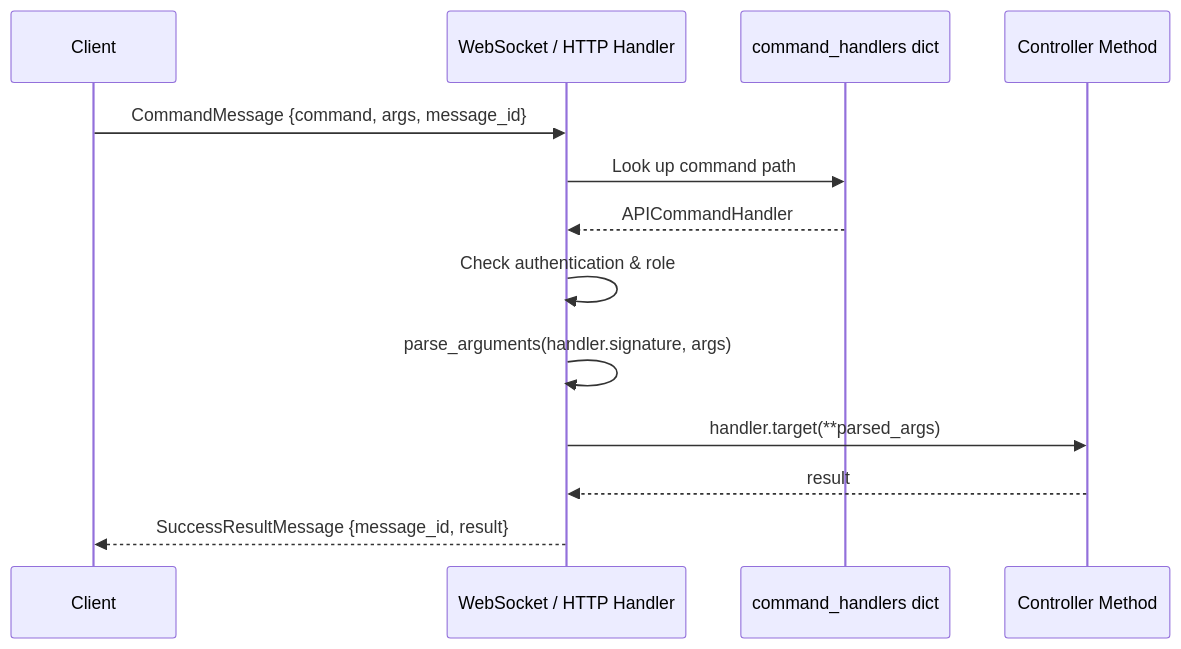
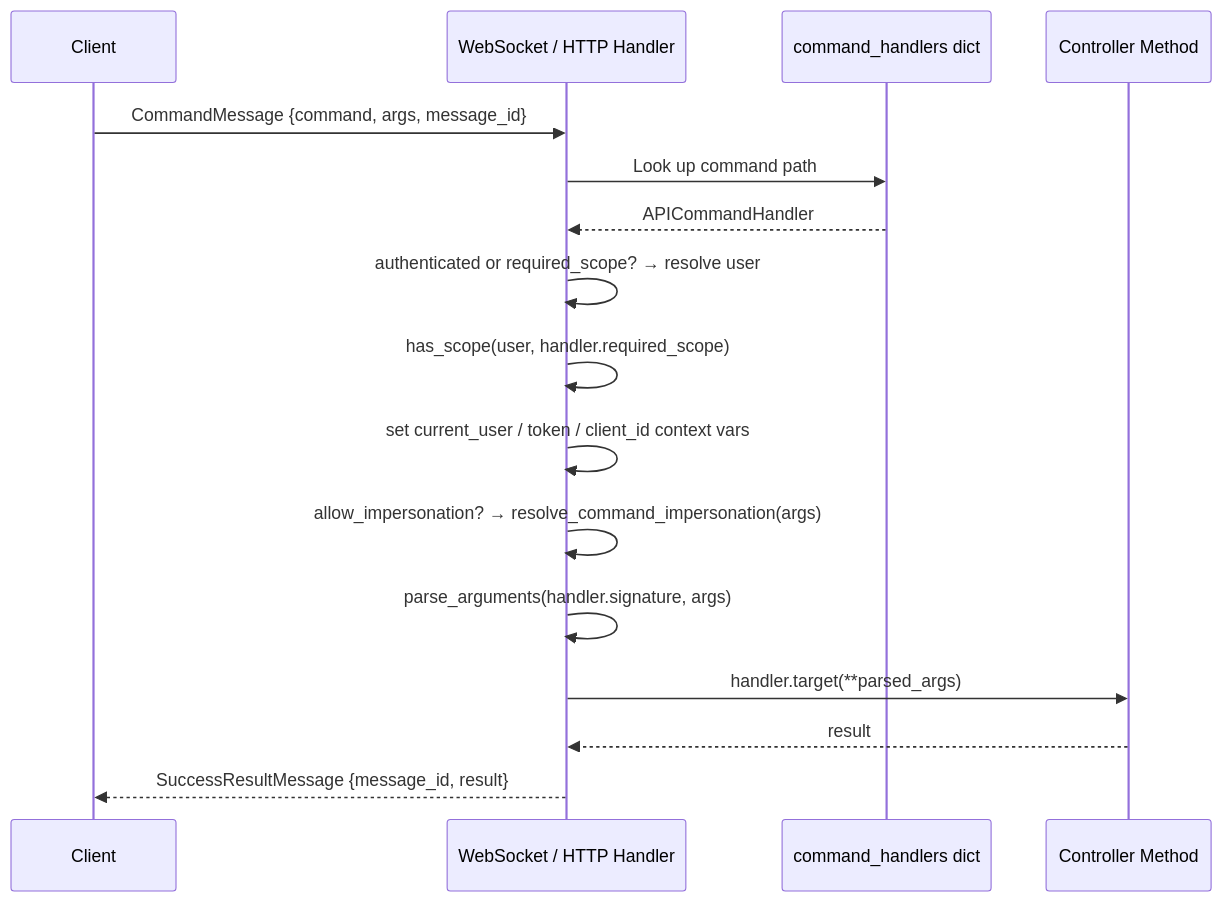
Before and after one commit to theturtle32/music-assistant-server: the second of 3 diagrams in docs/architecture/12-webserver-api.md, drawn with Mermaid. The commit also changed other lines of this file and 3 other files, not shown here.

First line of the commit message:
docs(architecture): webserver transport fixes and new authentication doc

````diff
--- a/docs/architecture/12-webserver-api.md
+++ b/docs/architecture/12-webserver-api.md
@@ -155,16 +209,19 @@
 ```mermaid
 sequenceDiagram
     participant Client
     participant WS as WebSocket / HTTP Handler
     participant Registry as command_handlers dict
     participant Handler as Controller Method
 
     Client->>WS: CommandMessage {command, args, message_id}
     WS->>Registry: Look up command path
     Registry-->>WS: APICommandHandler
-    WS->>WS: Check authentication & role
+    WS->>WS: authenticated or required_scope? → resolve user
+    WS->>WS: has_scope(user, handler.required_scope)
+    WS->>WS: set current_user / token / client_id context vars
+    WS->>WS: allow_impersonation? → resolve_command_impersonation(args)
     WS->>WS: parse_arguments(handler.signature, args)
     WS->>Handler: handler.target(**parsed_args)
     Handler-->>WS: result
     WS-->>Client: SuccessResultMessage {message_id, result}
 ```
````
